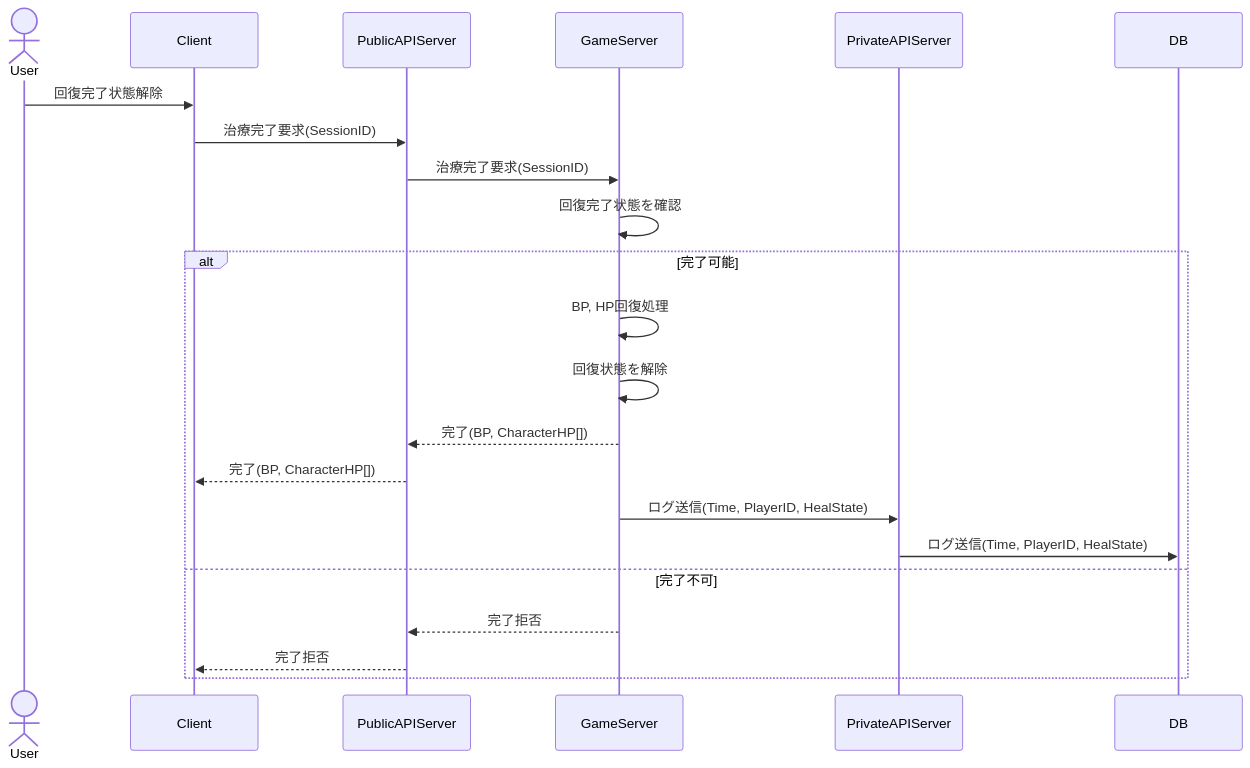
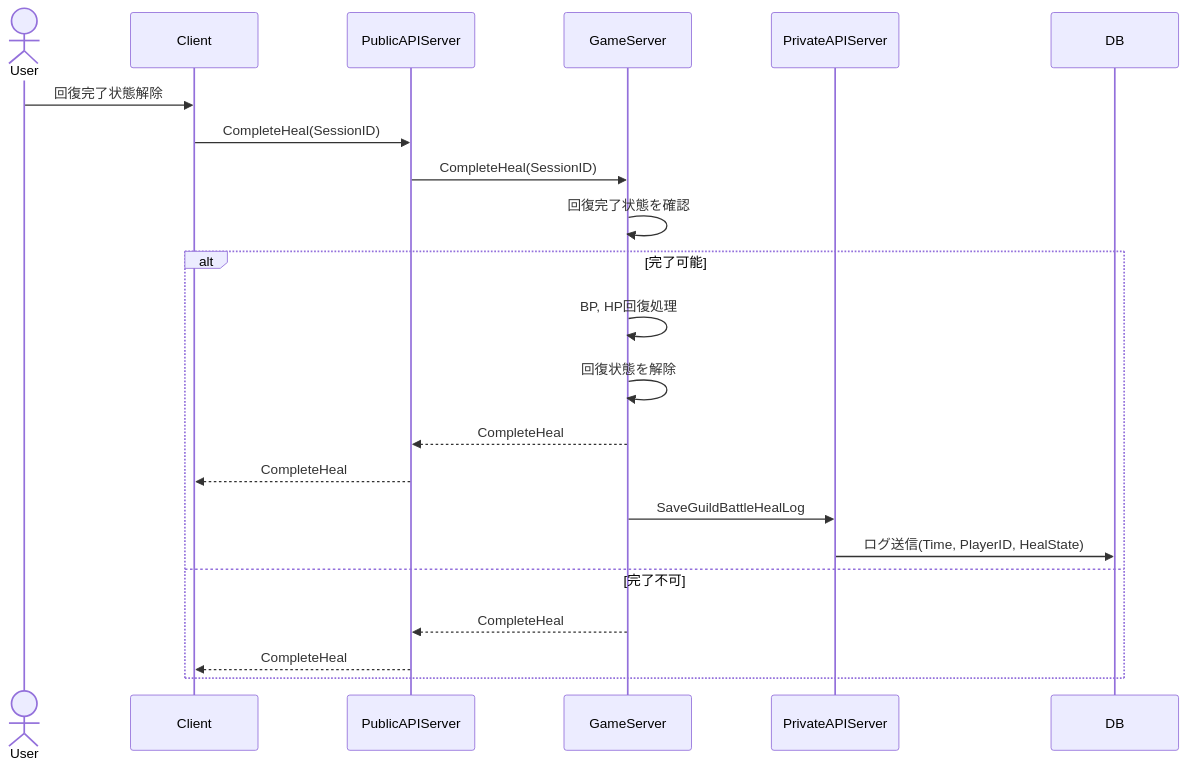
One commit to ReHydrangeaOdyssey/Specifications changed diagram 13 of 17 in guild_battle.md. Above: the diagram before and after it, drawn with Mermaid. The commit also changed other lines of this file and 15 other files, not shown here.

````diff
--- a/guild_battle.md
+++ b/guild_battle.md
@@ -849,28 +869,28 @@
 ```mermaid
 sequenceDiagram
     actor User
     participant Client
     participant PublicAPIServer
     participant GameServer
     participant PrivateAPIServer
     participant DB
 
     User->>Client: 回復完了状態解除
-    Client->>PublicAPIServer: 治療完了要求(SessionID)
-    PublicAPIServer->>GameServer: 治療完了要求(SessionID)
+    Client->>PublicAPIServer: CompleteHeal(SessionID)
+    PublicAPIServer->>GameServer: CompleteHeal(SessionID)
 
     GameServer->>GameServer: 回復完了状態を確認
 
     alt 完了可能
         GameServer->>GameServer: BP, HP回復処理
         GameServer->>GameServer: 回復状態を解除
-        GameServer-->>PublicAPIServer: 完了(BP, CharacterHP[]) 
-        PublicAPIServer-->>Client: 完了(BP, CharacterHP[])
+        GameServer-->>PublicAPIServer: CompleteHeal 
+        PublicAPIServer-->>Client: CompleteHeal
 
-        GameServer ->> PrivateAPIServer: ログ送信(Time, PlayerID, HealState)
+        GameServer ->> PrivateAPIServer: SaveGuildBattleHealLog
         PrivateAPIServer ->> DB: ログ送信(Time, PlayerID, HealState)
     else 完了不可
-        GameServer-->>PublicAPIServer: 完了拒否
-        PublicAPIServer-->>Client: 完了拒否
+        GameServer-->>PublicAPIServer: CompleteHeal
+        PublicAPIServer-->>Client: CompleteHeal
     end
 ```
````
